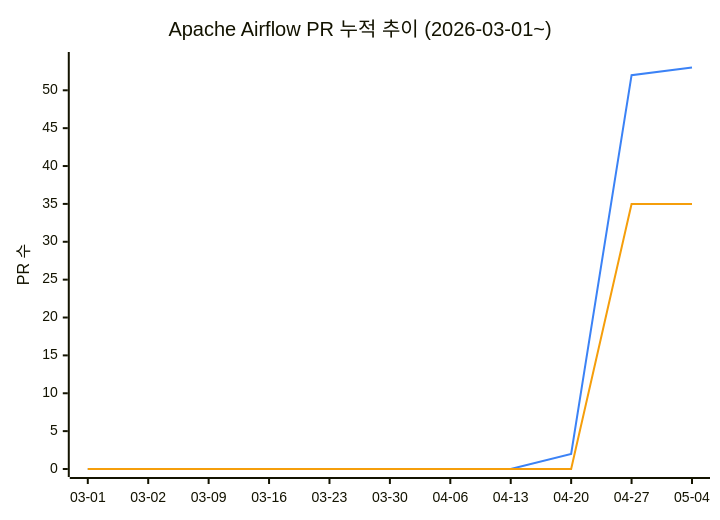
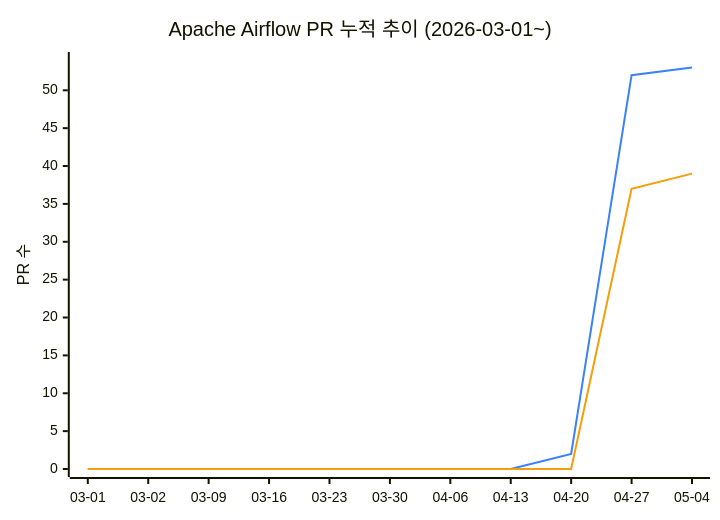
Before and after one commit to AirflowKorea/ossca: the diagram in README.md, drawn with Mermaid. The commit also changed other lines of this file, not shown here.

````diff
--- a/README.md
+++ b/README.md
@@ -11,9 +11,9 @@
 ```mermaid
 %%{init: {"themeVariables": {"xyChart": {"plotColorPalette": "#3b82f6, #f59e0b"}}}}%%
 xychart-beta
     title "Apache Airflow PR 누적 추이 (2026-03-01~)"
     x-axis ["03-01", "03-02", "03-09", "03-16", "03-23", "03-30", "04-06", "04-13", "04-20", "04-27", "05-04"]
     y-axis "PR 수" 0 --> 54
     line [0, 0, 0, 0, 0, 0, 0, 0, 2, 52, 53]
-    line [0, 0, 0, 0, 0, 0, 0, 0, 0, 35, 35]
+    line [0, 0, 0, 0, 0, 0, 0, 0, 0, 37, 39]
 ```
````
